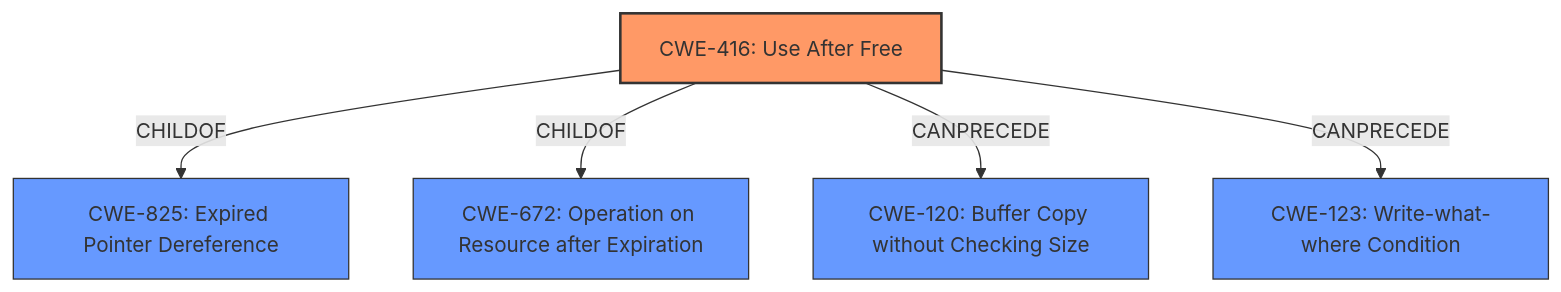
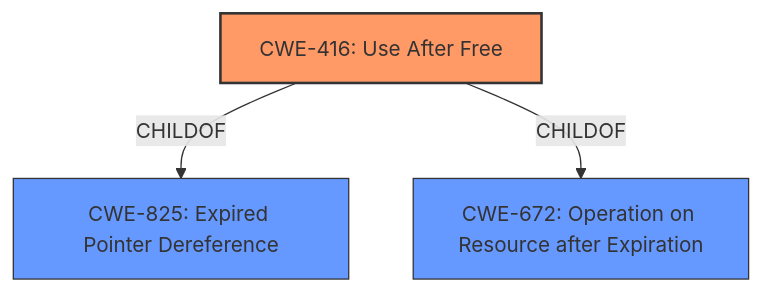
Before and after one commit to CyberSecAI/cwe_agent_assign_reports_2023: the diagram in CVE-2021-37973/CVE-2021-37973_analysis.md, drawn with Mermaid. The commit also changed other lines of this file and 902 other files, not shown here.

````diff
--- a/CVE-2021-37973/CVE-2021-37973_analysis.md
+++ b/CVE-2021-37973/CVE-2021-37973_analysis.md
@@ -16,18 +15,15 @@
 ```mermaid
 graph TD
     cwe416["CWE-416: Use After Free"]
     cwe825["CWE-825: Expired Pointer Dereference"]
     cwe672["CWE-672: Operation on Resource after Expiration"]
-    cwe120["CWE-120: Buffer Copy without Checking Size"]
-    cwe123["CWE-123: Write-what-where Condition"]
 
     cwe416 -->|CHILDOF| cwe825
     cwe416 -->|CHILDOF| cwe672
-    cwe416 -->|CANPRECEDE| cwe120
-    cwe416 -->|CANPRECEDE| cwe123
 
     classDef primary fill:#f96,stroke:#333,stroke-width:2px
     classDef secondary fill:#69f,stroke:#333
+    classDef tertiary fill:#9e9,stroke:#333
     class cwe416 primary
-    class cwe825,cwe672,cwe120,cwe123 secondary
+    class cwe825,cwe672 secondary
 ```
````
